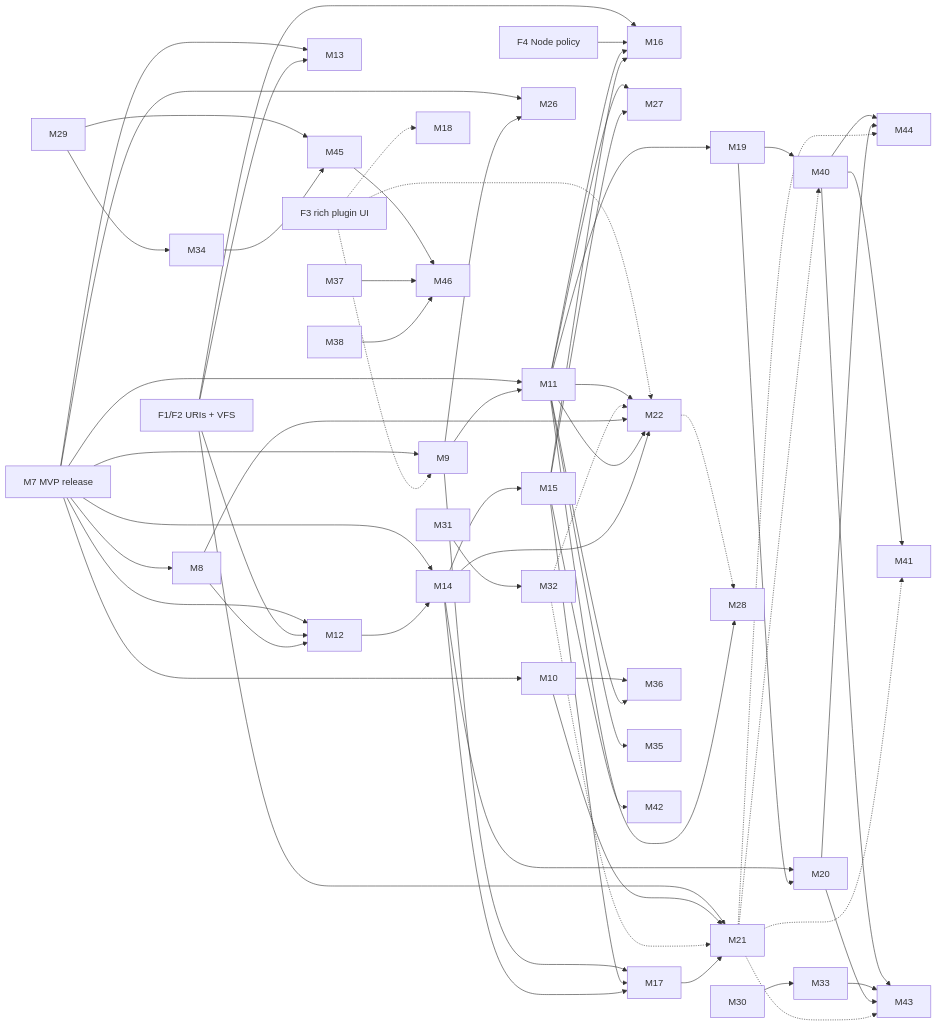
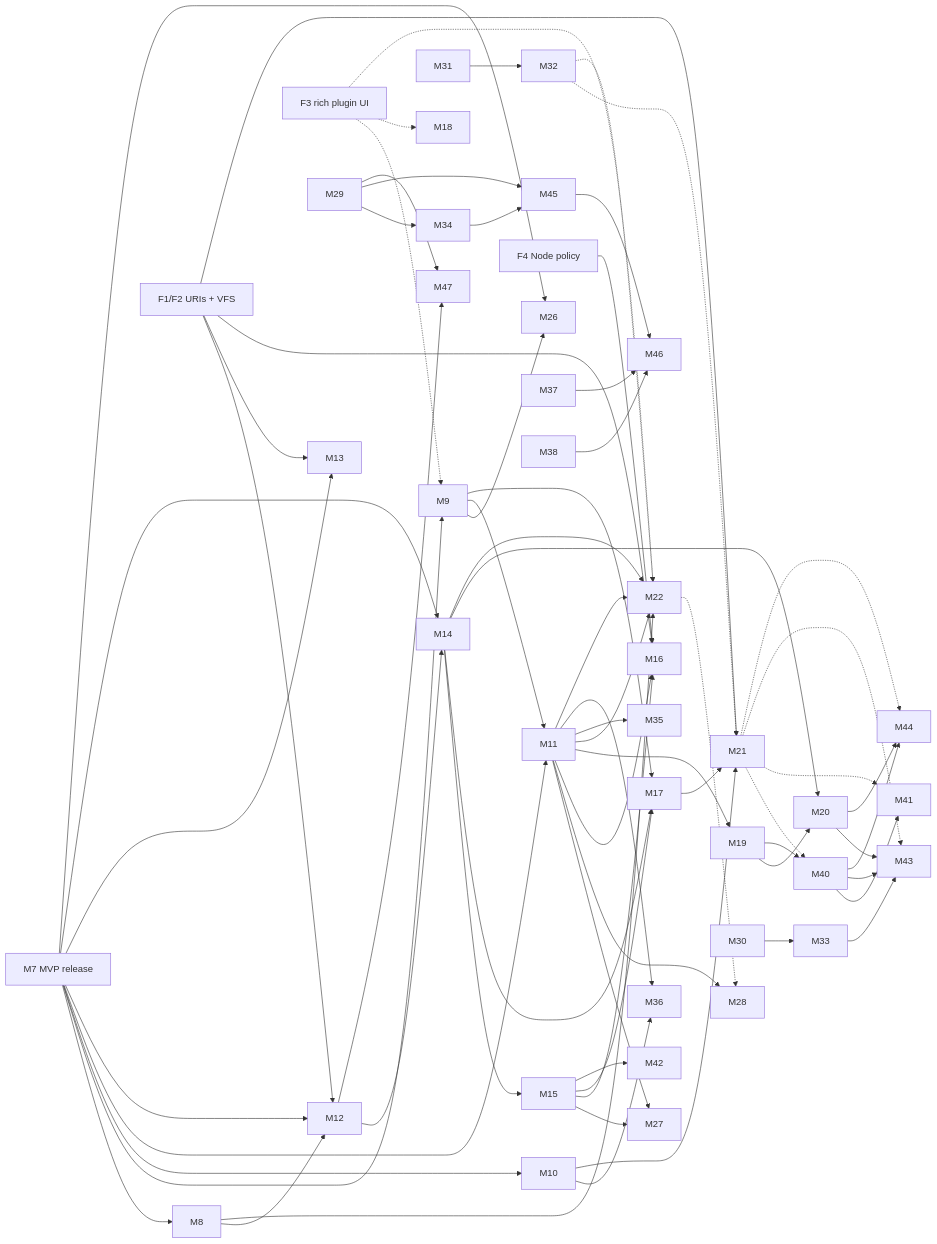
Before and after one commit to stavroskasidis/codalus-ide: the diagram in docs/roadmap.md, drawn with Mermaid. The commit also changed other lines of this file, not shown here.

First line of the commit message:
Roadmap: M47, Code Search (Visual Studio's Code Search window in place of Go To All's list)

````diff
--- a/docs/roadmap.md
+++ b/docs/roadmap.md
@@ -168,38 +169,39 @@
 ```mermaid
 graph LR
   MVP[M7 MVP release] --> M8 & M9 & M10 & M11 & M12 & M13 & M14 & M26
   F1[F1/F2 URIs + VFS] --> M12 & M13 & M16 & M21
   M9 --> M26
   M11 --> M27
   M15 --> M27
   M22 -.-> M28
   M11 --> M28
   F3[F3 rich plugin UI] -.-> M9 & M18 & M22
   F4[F4 Node policy] --> M16
   M8 --> M12
   M9 --> M11
   M9 --> M17
   M10 --> M36
   M10 --> M21
   M11 --> M16 & M19 & M22 & M35 & M36
   M30 --> M33
   M31 --> M32
   M32 -.-> M21 & M22
   M29 --> M34
   M12 --> M14
   M14 --> M15
   M15 --> M16 & M17
   M14 --> M17
   M14 --> M20
   M19 --> M20
   M17 --> M21
   M19 --> M40
   M40 --> M41 & M43 & M44
   M15 --> M42
   M33 --> M43
   M20 --> M43 & M44
   M21 -.-> M40 & M41 & M43 & M44
   M8 & M11 & M14 --> M22
   M29 & M34 --> M45
   M45 & M37 & M38 --> M46
+  M12 & M29 --> M47
 ```
````
